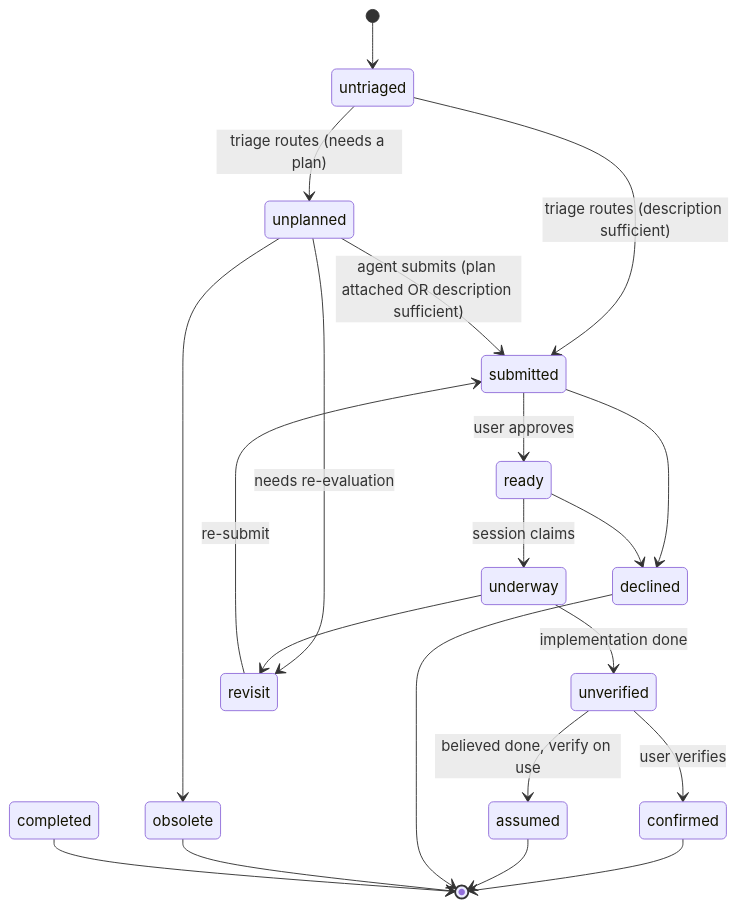
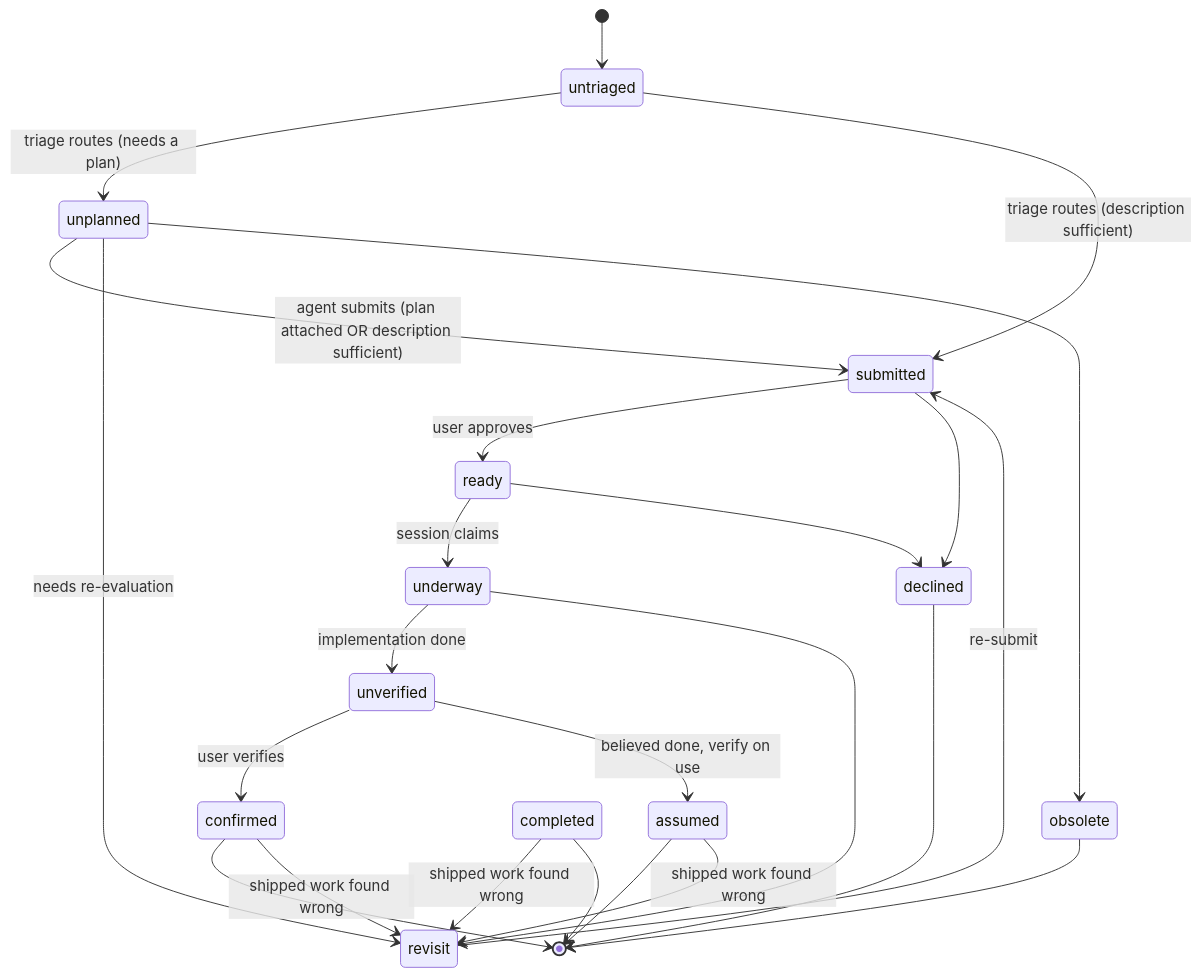
The diagram in docs/status-lifecycle.mmd (mikeschinkel/endless), drawn with Mermaid before and after one commit. The commit also changed 20 other files, not shown here.

```diff
--- a/docs/status-lifecycle.mmd
+++ b/docs/status-lifecycle.mmd
@@ -1,31 +1,34 @@
 %% Canonical task status lifecycle — single source of truth.
 %% Embedded (byte-identical) in README.md, CLAUDE.md, and docs/guide/index.md
 %% between <!-- BEGIN canonical:docs/status-lifecycle.mmd --> / <!-- END ... -->
 %% markers. Edit HERE, then re-sync the copies (tests/tasks/e-1648-verify.sh
 %% asserts they match). Blocking is a relation (blocked_by), not a state, so it
 %% is intentionally absent.
 stateDiagram-v2
     [*] --> untriaged
 
     untriaged --> unplanned: triage routes (needs a plan)
     untriaged --> submitted: triage routes (description sufficient)
     unplanned --> submitted: agent submits (plan attached OR description sufficient)
     submitted --> ready: user approves
     ready --> underway: session claims
     underway --> unverified: implementation done
     unverified --> confirmed: user verifies
     unverified --> assumed: believed done, verify on use
 
     confirmed --> [*]
     assumed --> [*]
 
     unplanned --> revisit: needs re-evaluation
     underway --> revisit
+    confirmed --> revisit: shipped work found wrong
+    assumed --> revisit: shipped work found wrong
+    completed --> revisit: shipped work found wrong
     revisit --> submitted: re-submit
 
     submitted --> declined
     ready --> declined
     unplanned --> obsolete
     declined --> [*]
     obsolete --> [*]
     completed --> [*]
```
